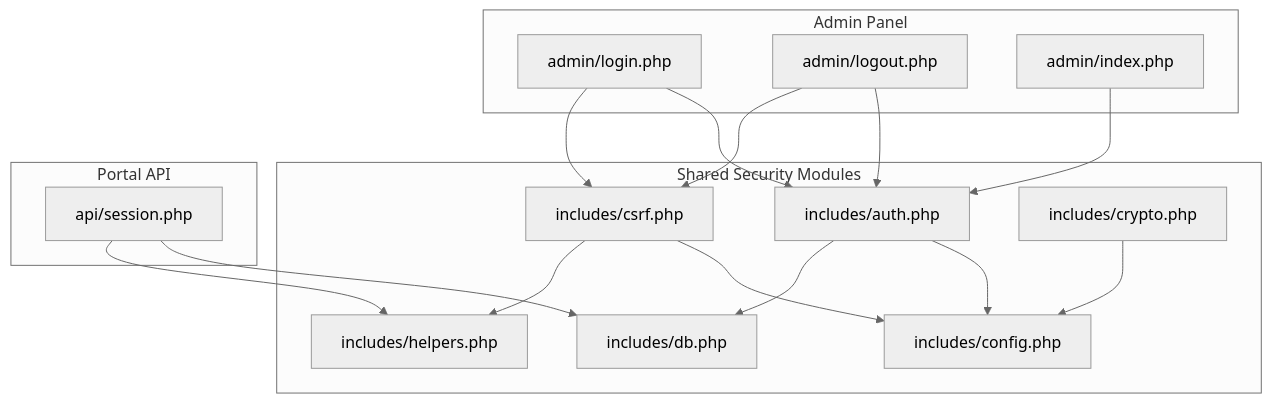
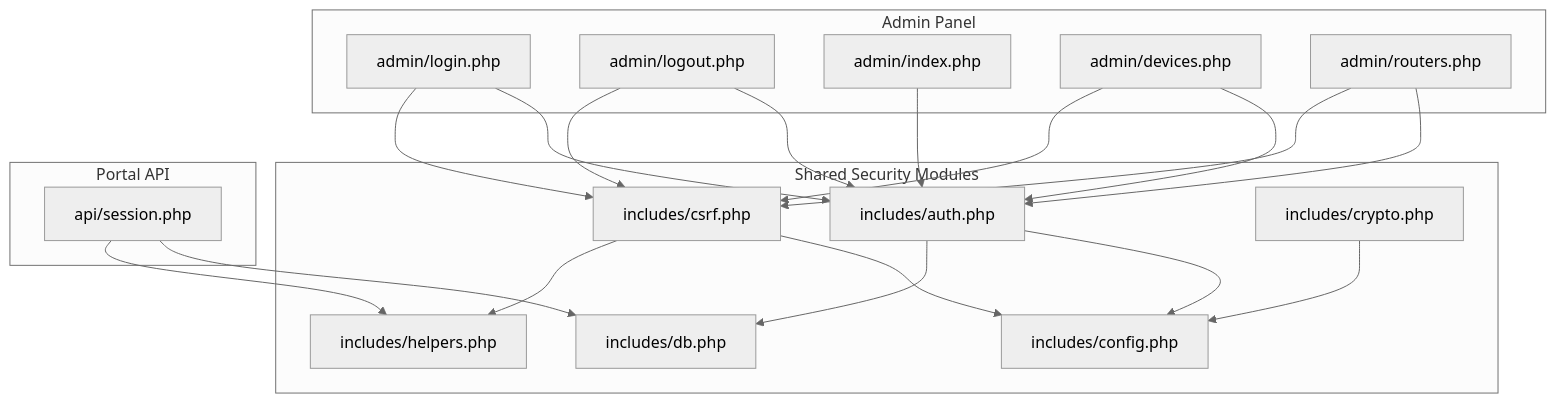
One commit to Djnirds1984/MT-CONTROLLER-PISOWIFI changed the first of 14 diagrams in .qoder/repowiki/en/content/Administrative Panel/Security & Authentication.md. Above: the diagram before and after it, drawn with Mermaid (neutral theme). The commit also changed other lines of this file and 14 other files, not shown here.

````diff
--- a/.qoder/repowiki/en/content/Administrative Panel/Security & Authentication.md
+++ b/.qoder/repowiki/en/content/Administrative Panel/Security & Authentication.md
@@ -38,31 +51,37 @@
 ```mermaid
 graph TB
 subgraph "Admin Panel"
 Login["admin/login.php"]
 Logout["admin/logout.php"]
 Dashboard["admin/index.php"]
+Devices["admin/devices.php"]
+Routers["admin/routers.php"]
 end
 subgraph "Shared Security Modules"
 Auth["includes/auth.php"]
 Csrf["includes/csrf.php"]
 Config["includes/config.php"]
 Db["includes/db.php"]
 Helpers["includes/helpers.php"]
 Crypto["includes/crypto.php"]
 end
 subgraph "Portal API"
 SessionApi["api/session.php"]
 end
 Login --> Auth
 Login --> Csrf
 Logout --> Auth
 Logout --> Csrf
 Dashboard --> Auth
+Devices --> Auth
+Devices --> Csrf
+Routers --> Auth
+Routers --> Csrf
 SessionApi --> Db
 SessionApi --> Helpers
 Auth --> Config
 Auth --> Db
 Csrf --> Config
 Csrf --> Helpers
 Crypto --> Config
 ```
````
